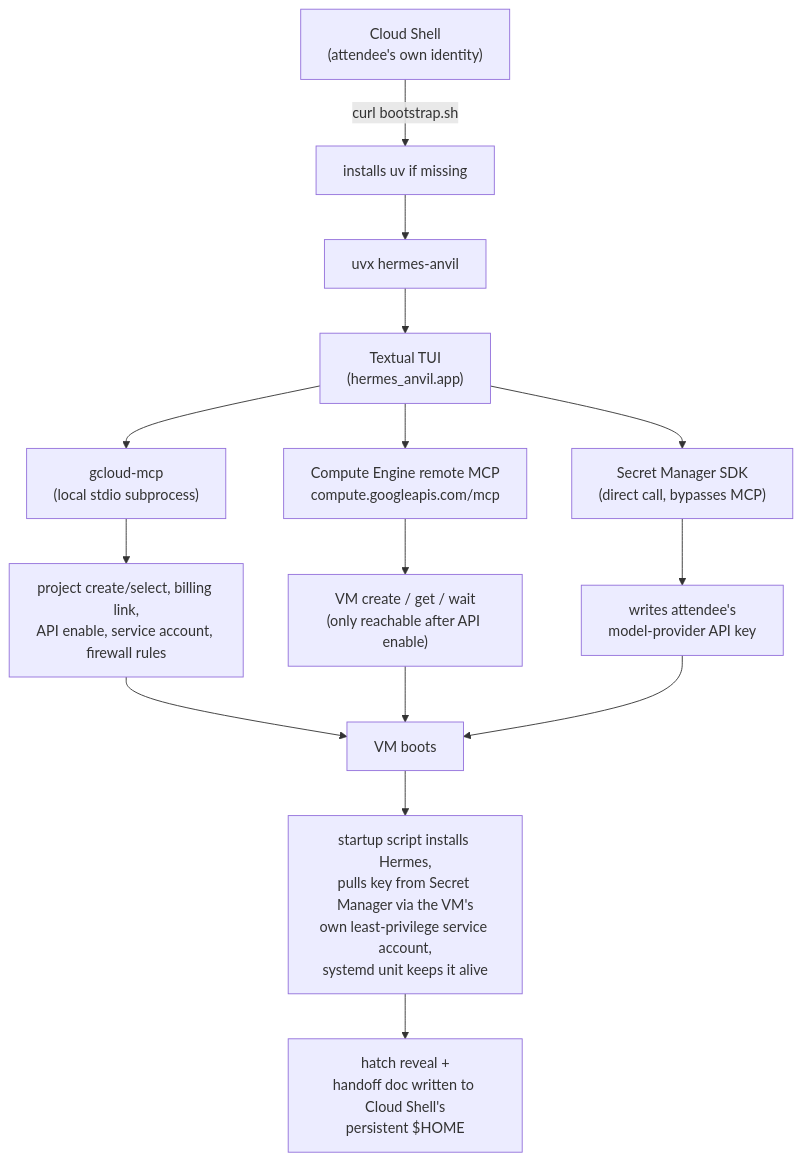
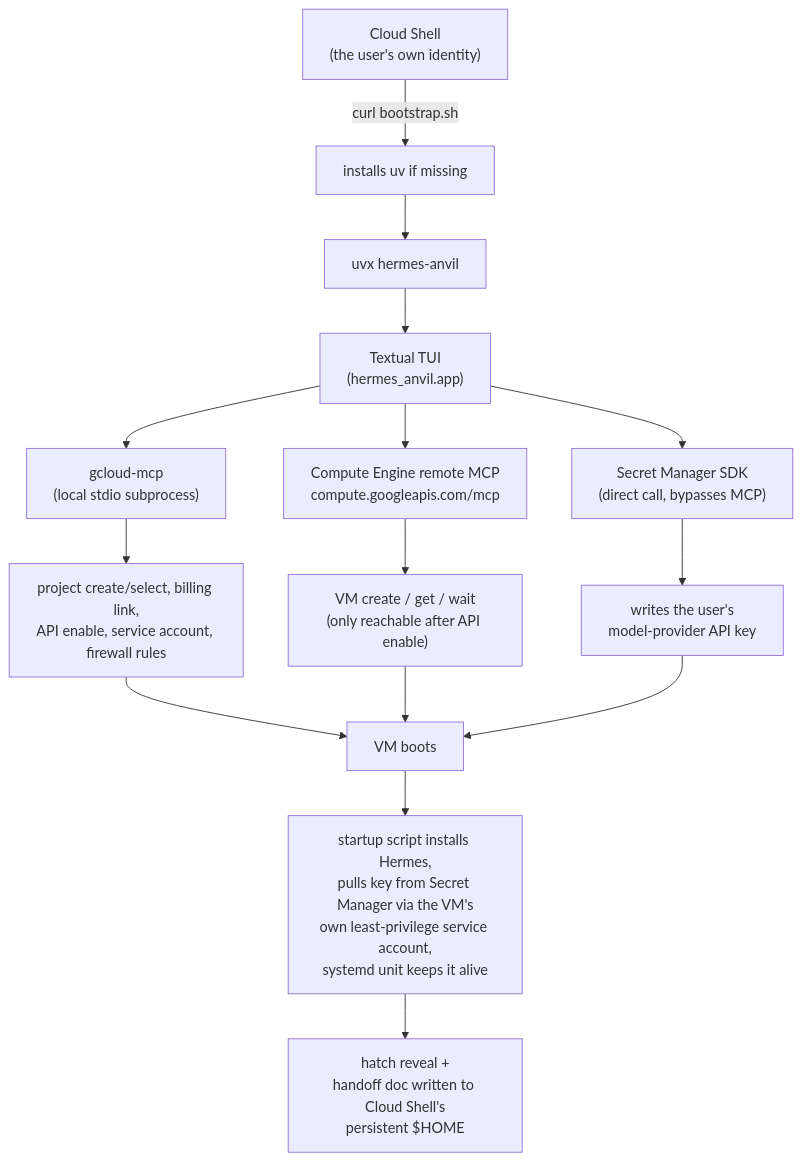
One commit to frieddeli/Hermes-Anvil changed the first of 2 diagrams in docs/architecture.md. Above: the diagram before and after it, drawn with Mermaid. The commit also changed other lines of this file and 12 other files, not shown here.

````diff
--- a/docs/architecture.md
+++ b/docs/architecture.md
@@ -14,21 +13,21 @@
 ```mermaid
 flowchart TD
-    A["Cloud Shell<br/>(attendee's own identity)"] -->|"curl bootstrap.sh"| B["installs uv if missing"]
+    A["Cloud Shell<br/>(the user's own identity)"] -->|"curl bootstrap.sh"| B["installs uv if missing"]
     B --> C["uvx hermes-anvil"]
     C --> D["Textual TUI<br/>(hermes_anvil.app)"]
 
     D --> E["gcloud-mcp<br/>(local stdio subprocess)"]
     D --> F["Compute Engine remote MCP<br/>compute.googleapis.com/mcp"]
     D --> G["Secret Manager SDK<br/>(direct call, bypasses MCP)"]
 
     E --> E1["project create/select, billing link,<br/>API enable, service account, firewall rules"]
     F --> F1["VM create / get / wait<br/>(only reachable after API enable)"]
-    G --> G1["writes attendee's<br/>model-provider API key"]
+    G --> G1["writes the user's<br/>model-provider API key"]
 
     E1 --> H["VM boots"]
     F1 --> H
     G1 --> H
 
     H --> I["startup script installs Hermes,<br/>pulls key from Secret Manager via the VM's<br/>own least-privilege service account,<br/>systemd unit keeps it alive"]
     I --> J["hatch reveal +<br/>handoff doc written to Cloud Shell's<br/>persistent $HOME"]
 ```
````
